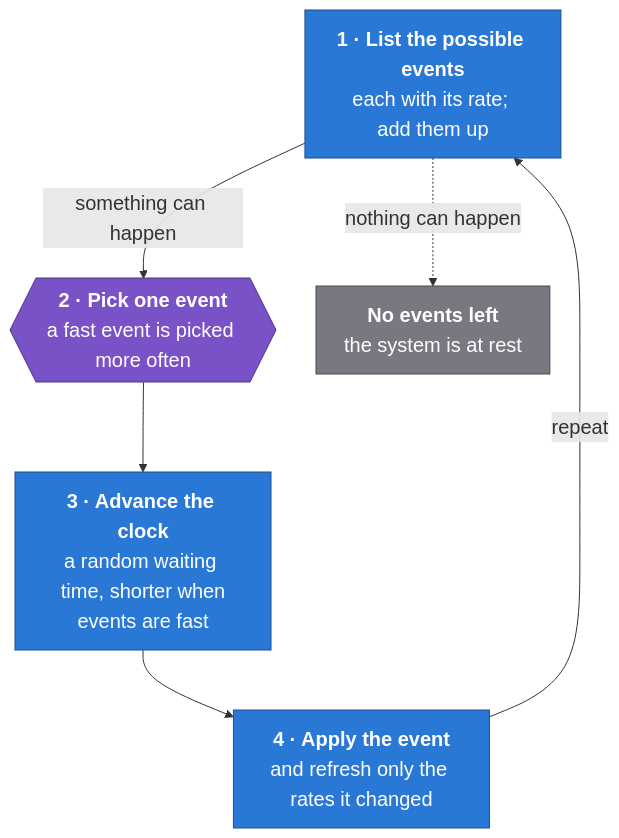
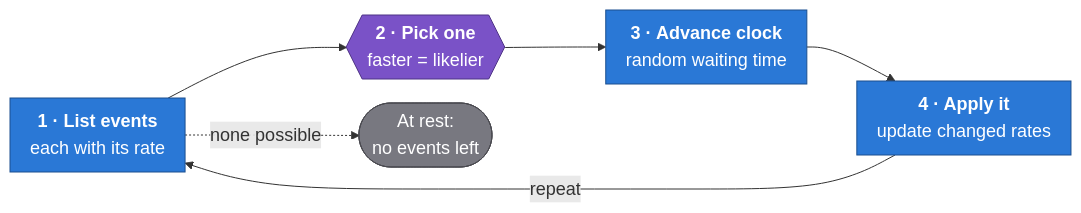
One commit to vzordillo/okrates changed the second of 2 diagrams in README.md. Above: the diagram before and after it, drawn with Mermaid. The commit also changed other lines of this file, not shown here.

Commit message:
README: balance the diagrams (detailed horizontal architecture, compact step loop)

````diff
--- a/README.md
+++ b/README.md
@@ -61,18 +77,18 @@
 ```mermaid
-%%{init: {"themeVariables": {"fontSize": "20px"}, "flowchart": {"nodeSpacing": 40, "rankSpacing": 60, "padding": 14, "htmlLabels": true}}}%%
-flowchart TB
-    s1["<b>1 · List the possible events</b><br>each with its rate; add them up"]
-    s2{{"<b>2 · Pick one event</b><br>a fast event is picked more often"}}
-    s3["<b>3 · Advance the clock</b><br>a random waiting time, shorter when<br>events are fast"]
-    s4["<b>4 · Apply the event</b><br>and refresh only the rates it changed"]
-    rest["<b>No events left</b><br>the system is at rest"]
-    s1 -->|"something can happen"| s2 --> s3 --> s4
+%%{init: {"themeVariables": {"fontSize": "18px"}, "flowchart": {"nodeSpacing": 24, "rankSpacing": 50, "padding": 10}}}%%
+flowchart LR
+    s1["<b>1 · List events</b><br>each with its rate"]
+    s2{{"<b>2 · Pick one</b><br>faster = likelier"}}
+    s3["<b>3 · Advance clock</b><br>random waiting time"]
+    s4["<b>4 · Apply it</b><br>update changed rates"]
+    rest(["At rest:<br>no events left"])
+    s1 --> s2 --> s3 --> s4
     s4 -->|"repeat"| s1
-    s1 -.->|"nothing can happen"| rest
+    s1 -.->|"none possible"| rest
     classDef step fill:#2a78d6,stroke:#1b4f8f,color:#ffffff
     classDef key fill:#7a52c7,stroke:#4d3285,color:#ffffff
     classDef rest fill:#787880,stroke:#4a4a50,color:#ffffff
     class s1,s3,s4 step
     class s2 key
     class rest rest
 ```
````
